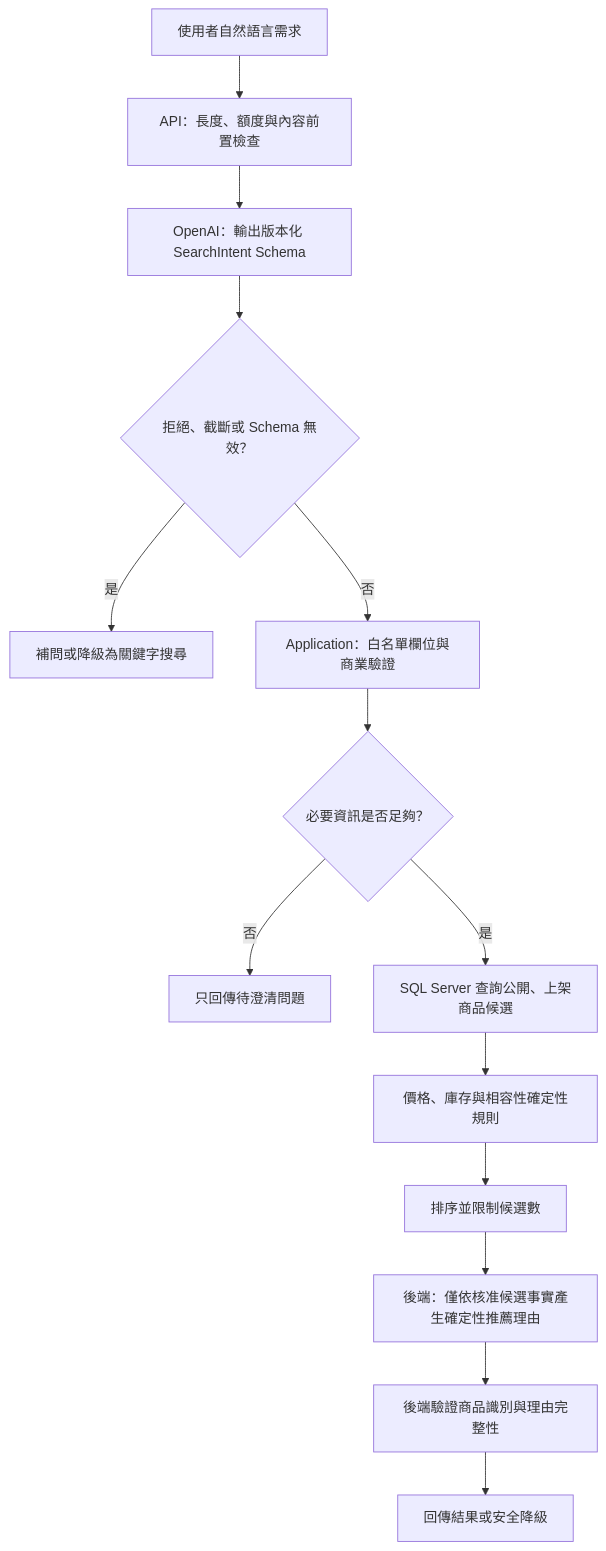
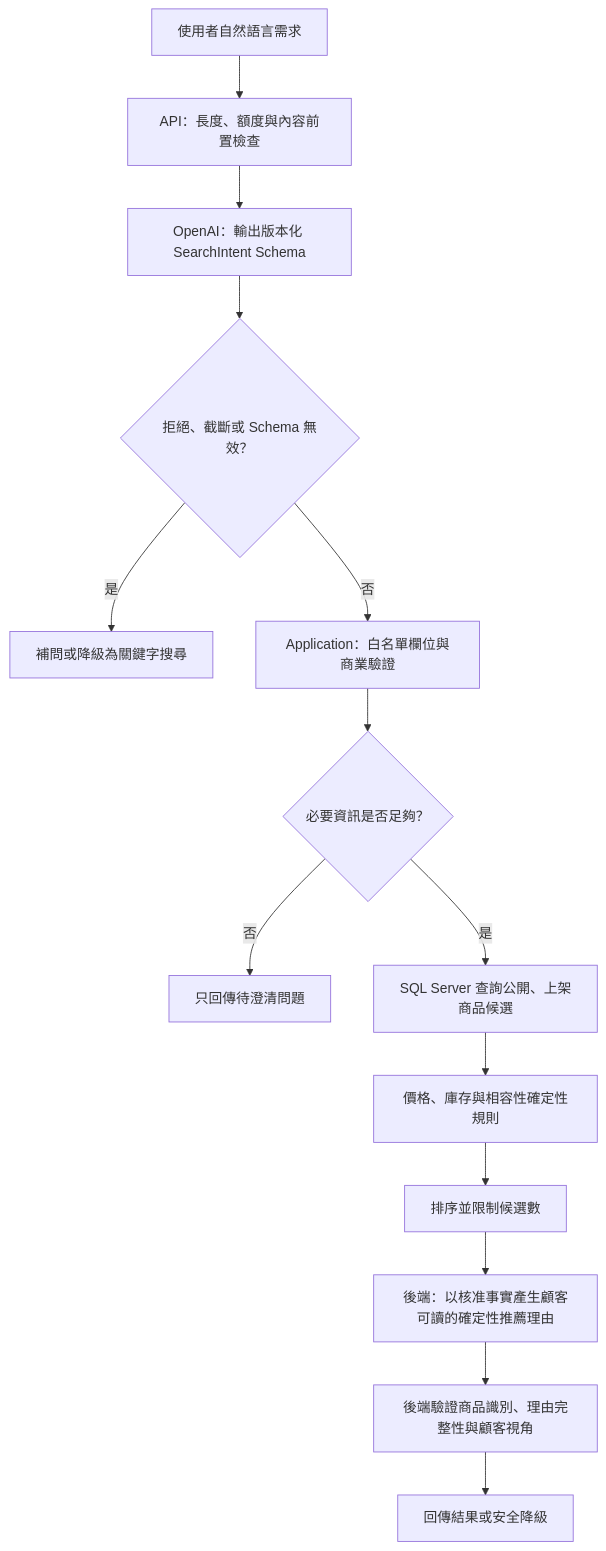
Before and after one commit to FullStackDeveloperSecond/FinalProject: the first of 2 diagrams in FP.sheet/FinalProject/03-架構/06-AI設計/AI應用詳細設計.md, drawn with Mermaid. The commit also changed other lines of this file and 24 other files, not shown here.

````diff
--- a/FP.sheet/FinalProject/03-架構/06-AI設計/AI應用詳細設計.md
+++ b/FP.sheet/FinalProject/03-架構/06-AI設計/AI應用詳細設計.md
@@ -30,16 +30,16 @@
 ```mermaid
 flowchart TD
     A["使用者自然語言需求"] --> B["API：長度、額度與內容前置檢查"]
     B --> C["OpenAI：輸出版本化 SearchIntent Schema"]
     C --> D{"拒絕、截斷或 Schema 無效？"}
     D -- 是 --> E["補問或降級為關鍵字搜尋"]
     D -- 否 --> F["Application：白名單欄位與商業驗證"]
     F --> G{"必要資訊是否足夠？"}
     G -- 否 --> H["只回傳待澄清問題"]
     G -- 是 --> I["SQL Server 查詢公開、上架商品候選"]
     I --> J["價格、庫存與相容性確定性規則"]
     J --> K["排序並限制候選數"]
-    K --> L["後端：僅依核准候選事實產生確定性推薦理由"]
-    L --> M["後端驗證商品識別與理由完整性"]
+    K --> L["後端：以核准事實產生顧客可讀的確定性推薦理由"]
+    L --> M["後端驗證商品識別、理由完整性與顧客視角"]
     M --> N["回傳結果或安全降級"]
 ```
````
